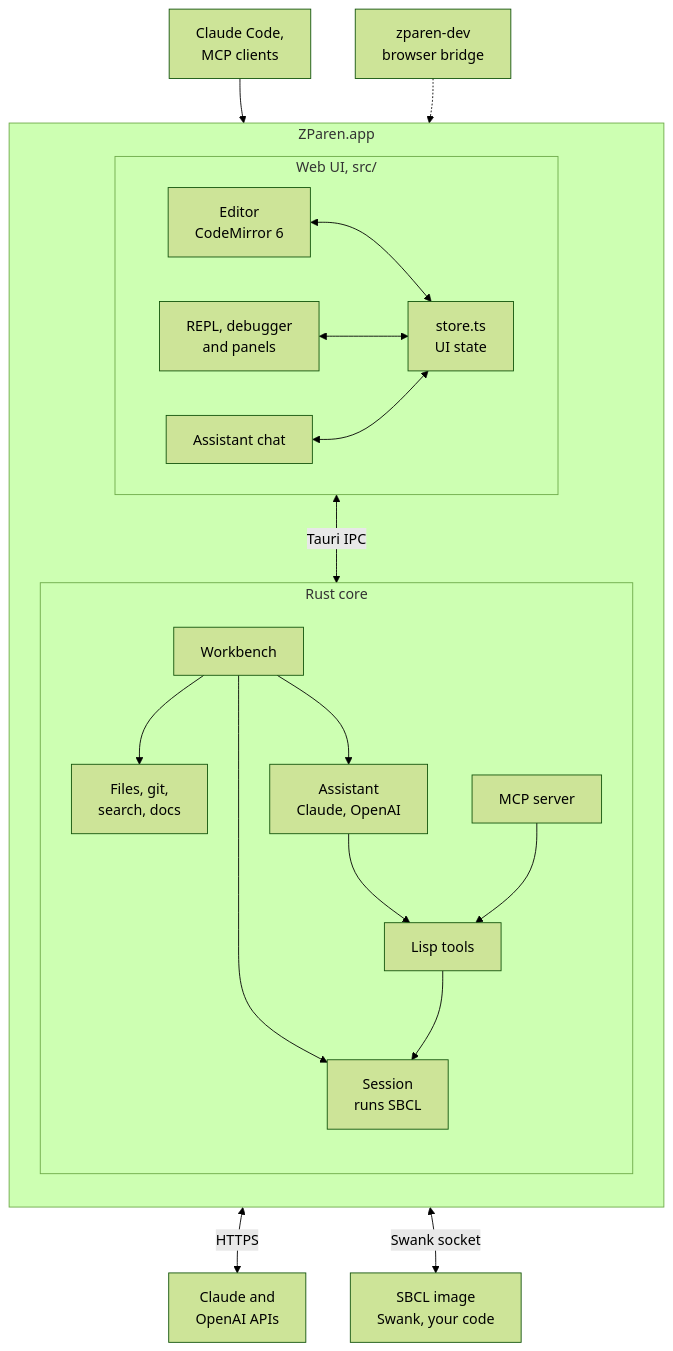
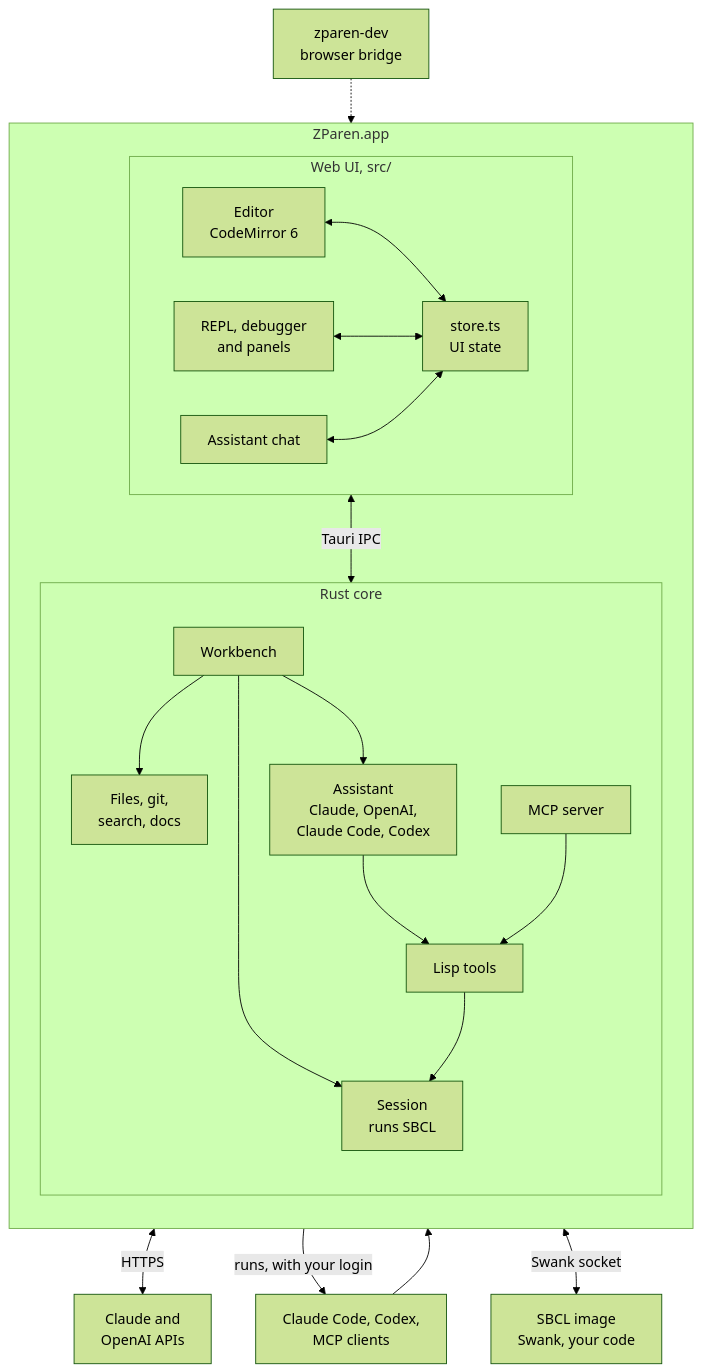
The diagram in README.md (eric-zhu-2019/zparen), drawn with Mermaid (forest theme) before and after one commit. The commit also changed other lines of this file and 25 other files, not shown here.

Commit message:
The assistant can answer with the user's own Claude Code or Codex login: ZParen runs the command with only its MCP tools, resumes the agent's own session, and Stop ends the Lisp work of the agent's tool calls

````diff
--- a/README.md
+++ b/README.md
@@ -68,36 +68,37 @@
 ```mermaid
 flowchart TB
   subgraph app["ZParen.app"]
     direction TB
     subgraph ui["Web UI, src/"]
       direction LR
       editor["Editor<br/>CodeMirror 6"]
       panels["REPL, debugger<br/>and panels"]
       chat["Assistant chat"]
       store["store.ts<br/>UI state"]
       editor & panels & chat <--> store
     end
     subgraph core["Rust core"]
       direction TB
       wb["Workbench"]
       local["Files, git,<br/>search, docs"]
-      assistant["Assistant<br/>Claude, OpenAI"]
+      assistant["Assistant<br/>Claude, OpenAI,<br/>Claude Code, Codex"]
       mcp["MCP server"]
       tools["Lisp tools"]
       session["Session<br/>runs SBCL"]
       wb --> local & assistant & session
       assistant --> tools
       mcp --> tools
       tools --> session
     end
     store <-- "Tauri IPC" --> wb
   end
   apis["Claude and<br/>OpenAI APIs"]
-  agents["Claude Code,<br/>MCP clients"]
+  agents["Claude Code, Codex,<br/>MCP clients"]
   sbcl["SBCL image<br/>Swank, your code"]
   dev["zparen-dev<br/>browser bridge"]
   assistant <-- "HTTPS" --> apis
+  assistant -- "runs, with your login" --> agents
   agents --> mcp
   session <-- "Swank socket" --> sbcl
   dev -.-> wb
 ```
````
